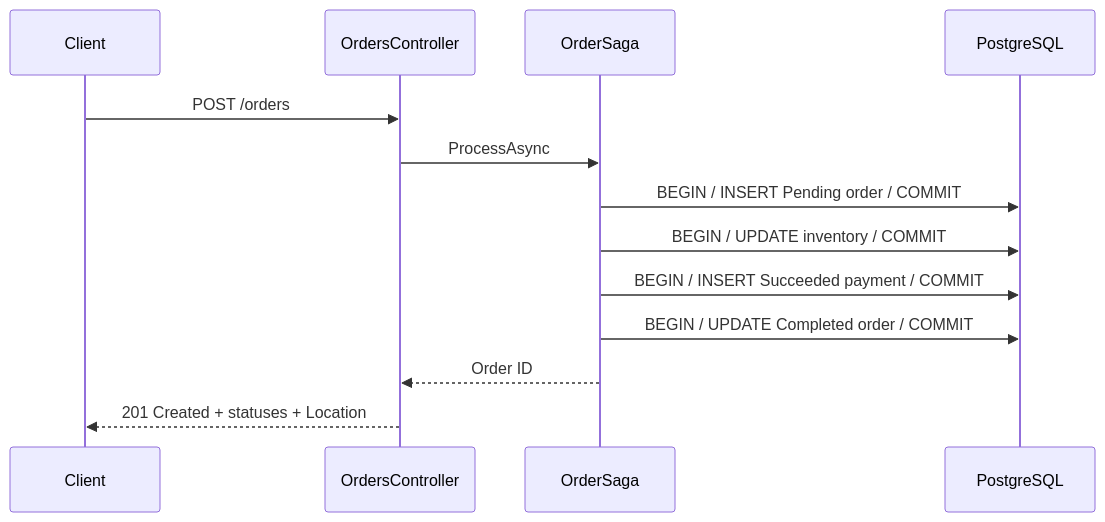
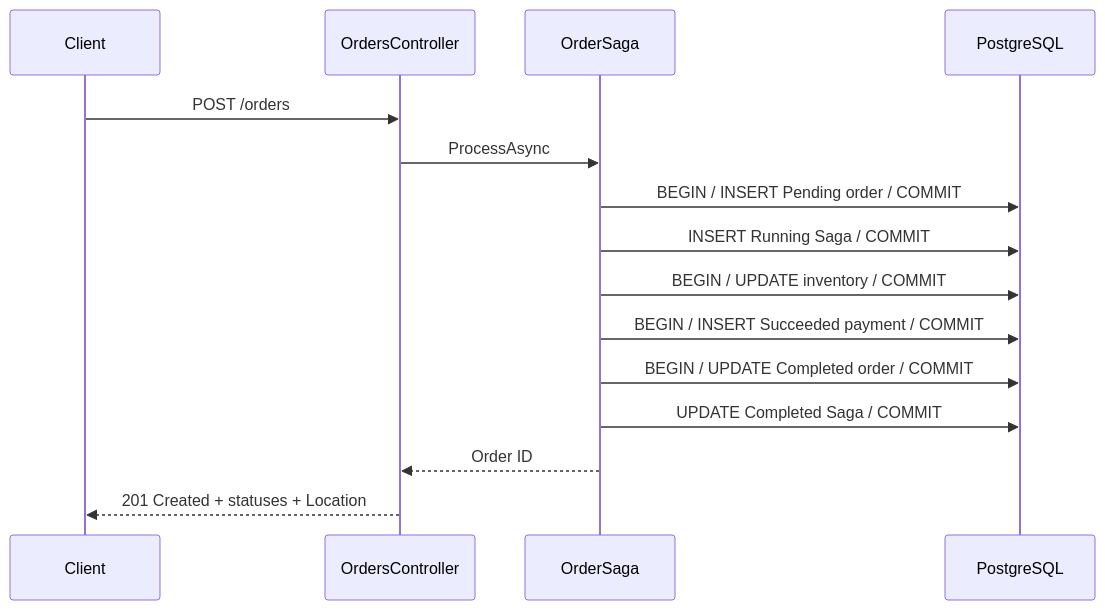
Before and after one commit to Luqa1/Engineering-Playground: the second of 5 diagrams in 05-saga-pattern/README.md, drawn with Mermaid. The commit also changed other lines of this file and 12 other files, not shown here.

````diff
--- a/05-saga-pattern/README.md
+++ b/05-saga-pattern/README.md
@@ -33,15 +35,17 @@
 ```mermaid
 sequenceDiagram
     participant Client
     participant API as OrdersController
     participant Processor as OrderSaga
     participant DB as PostgreSQL
     Client->>API: POST /orders
     API->>Processor: ProcessAsync
     Processor->>DB: BEGIN / INSERT Pending order / COMMIT
+    Processor->>DB: INSERT Running Saga / COMMIT
     Processor->>DB: BEGIN / UPDATE inventory / COMMIT
     Processor->>DB: BEGIN / INSERT Succeeded payment / COMMIT
     Processor->>DB: BEGIN / UPDATE Completed order / COMMIT
+    Processor->>DB: UPDATE Completed Saga / COMMIT
     Processor-->>API: Order ID
     API-->>Client: 201 Created + statuses + Location
 ```
````
